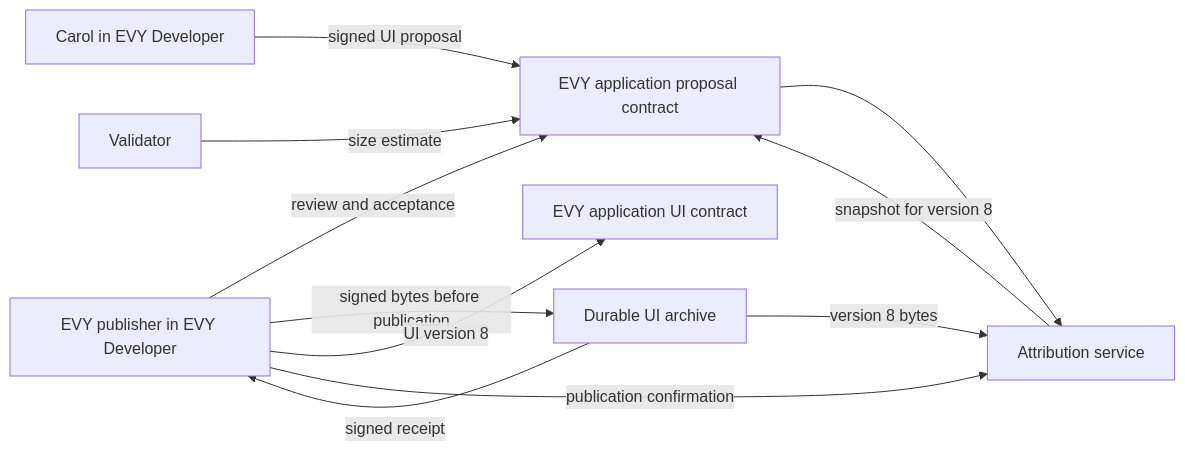
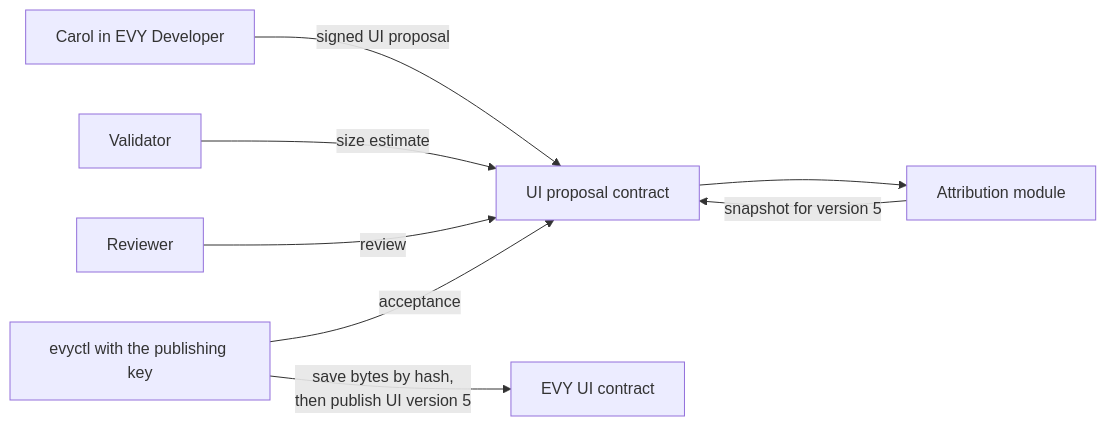
One commit to EVY-Platform/evy-freenet-plans changed the second of 2 diagrams in 2-evy-on-freenet/08-attribution.md. Above: the diagram before and after it, drawn with Mermaid. The commit also changed other lines of this file and 34 other files, not shown here.

````diff
--- a/2-evy-on-freenet/08-attribution.md
+++ b/2-evy-on-freenet/08-attribution.md
@@ -103,13 +106,10 @@
 ```mermaid
 flowchart LR
-    Carol[Carol in EVY Developer] -->|signed UI proposal| Prop[EVY application proposal contract]
+    Carol[Carol in EVY Developer] -->|signed UI proposal| Prop[UI proposal contract]
     Val[Validator] -->|size estimate| Prop
-    Pub[EVY publisher in EVY Developer] -->|review and acceptance| Prop
-    Pub -->|signed bytes before publication| Archive[Durable UI archive]
-    Archive -->|signed receipt| Pub
-    Pub -->|UI version 8| UI[EVY application UI contract]
-    Prop --> Attr[Attribution service]
-    Pub -->|publication confirmation| Attr
-    Archive -->|version 8 bytes| Attr
-    Attr -->|snapshot for version 8| Prop
+    Rev[Reviewer] -->|review| Prop
+    Pub[evyctl with the publishing key] -->|save bytes by hash,<br>then publish UI version 5| UI[EVY UI contract]
+    Pub -->|acceptance| Prop
+    Prop --> Attr[Attribution module]
+    Attr -->|snapshot for version 5| Prop
 ```
````
